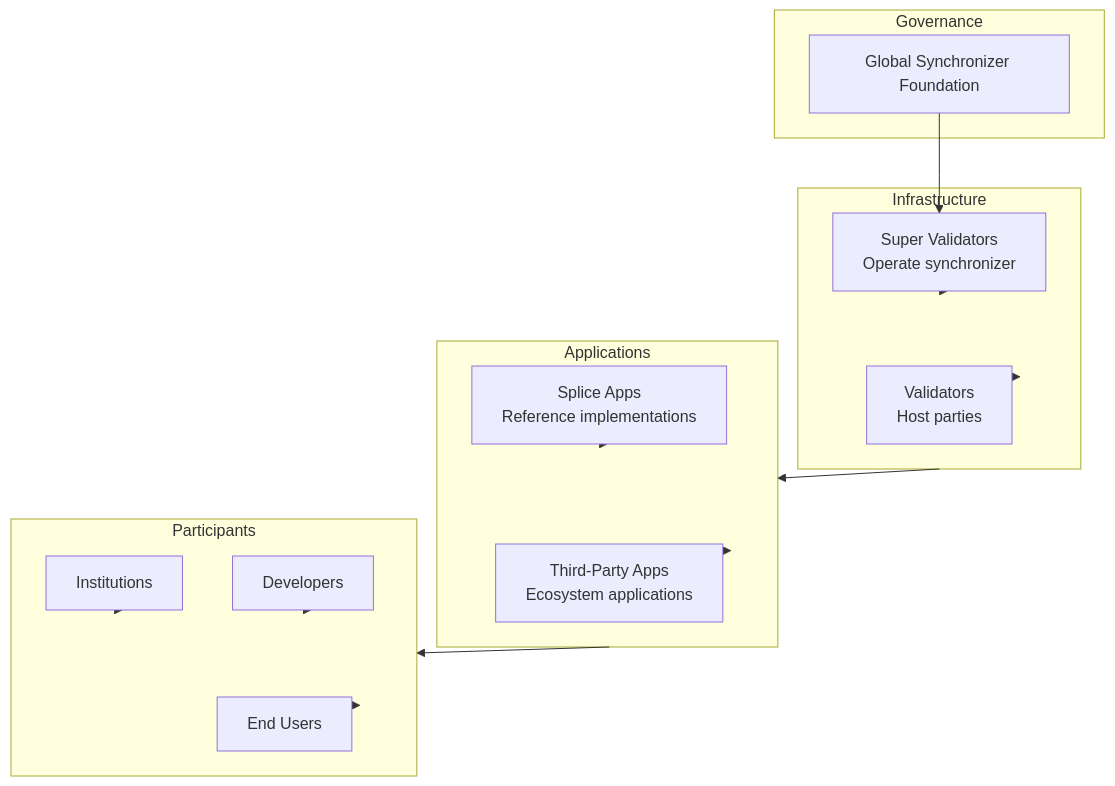
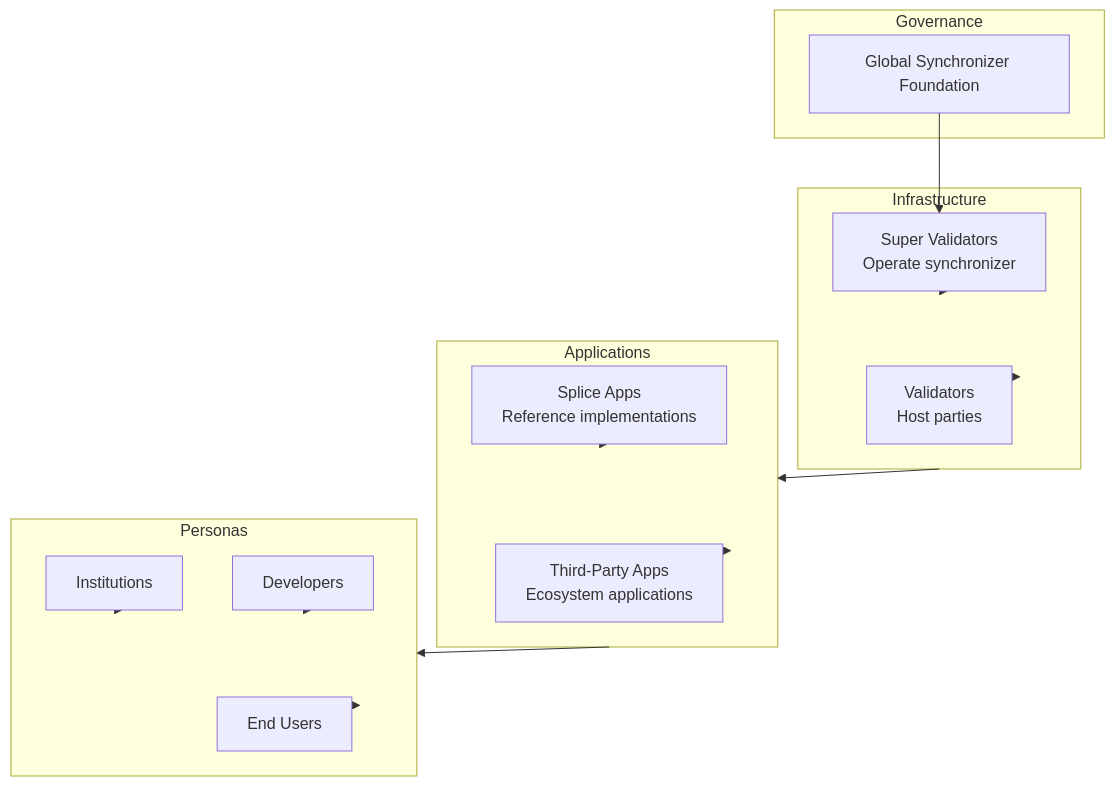
Before and after one commit to canton-network/cf-docs: the diagram in docs-main/building-blocks/ecosystem.mdx, drawn with Mermaid. The commit also changed other lines of this file and 21 other files, not shown here.

````diff
--- a/docs-main/building-blocks/ecosystem.mdx
+++ b/docs-main/building-blocks/ecosystem.mdx
@@ -10,34 +10,34 @@
 ```mermaid
 flowchart TB
     subgraph Foundation[Governance]
         GSF[Global Synchronizer Foundation]
     end
 
     subgraph Infrastructure[Infrastructure]
         SVs[Super Validators<br>Operate synchronizer]
         VALS[Validators<br>Host parties]
     end
 
     subgraph Apps[Applications]
         SPLICE[Splice Apps<br>Reference implementations]
         THIRD[Third-Party Apps<br>Ecosystem applications]
     end
 
-    subgraph Users[Participants]
+    subgraph Users[Personas]
         INST[Institutions]
         DEVS[Developers]
         END[End Users]
     end
 
     GSF --> SVs
     SVs --> Infrastructure
     VALS --> Infrastructure
     SPLICE --> Apps
     THIRD --> Apps
     INST --> Users
     DEVS --> Users
     END --> Users
 
     Infrastructure --> Apps
     Apps --> Users
 ```
````
